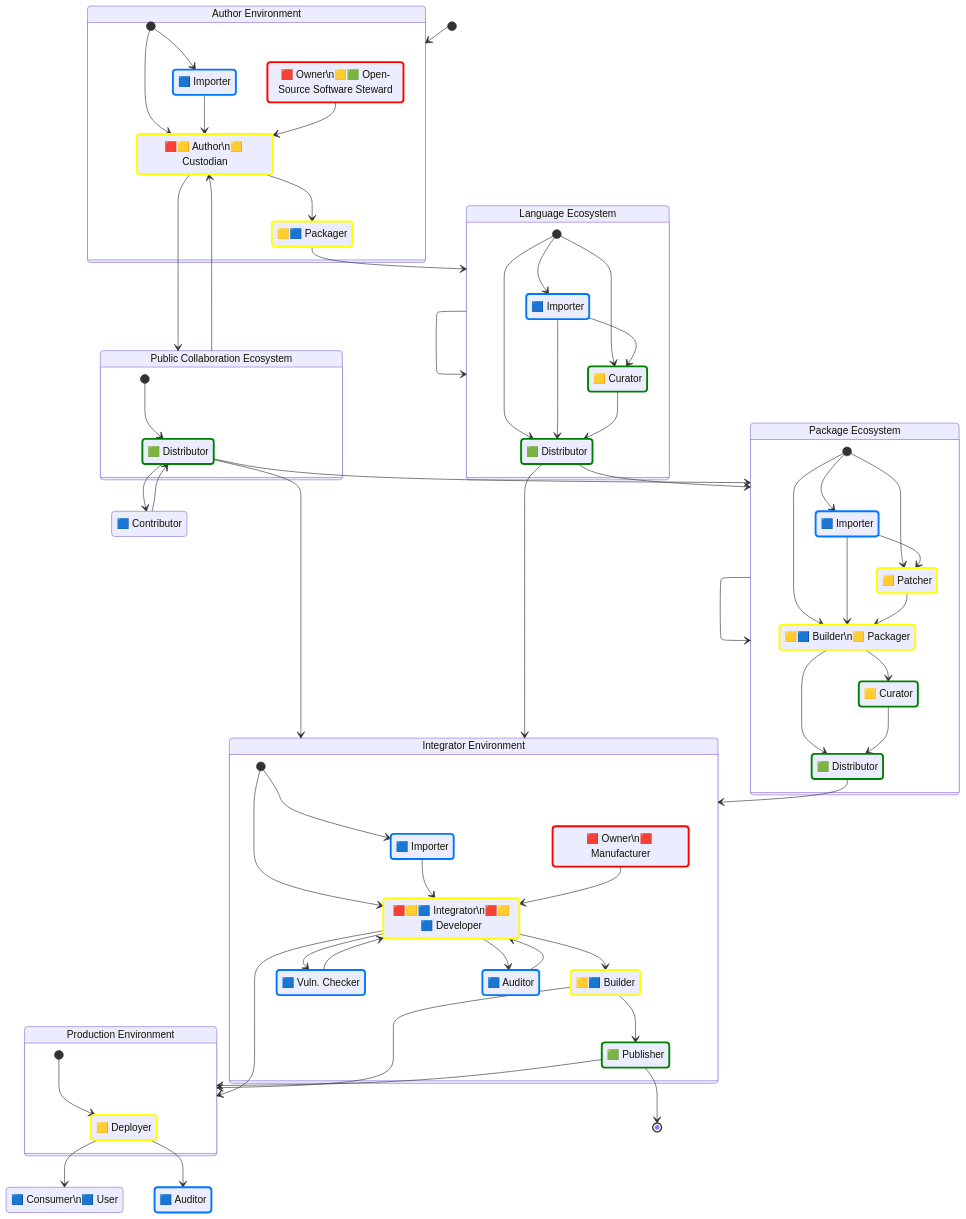
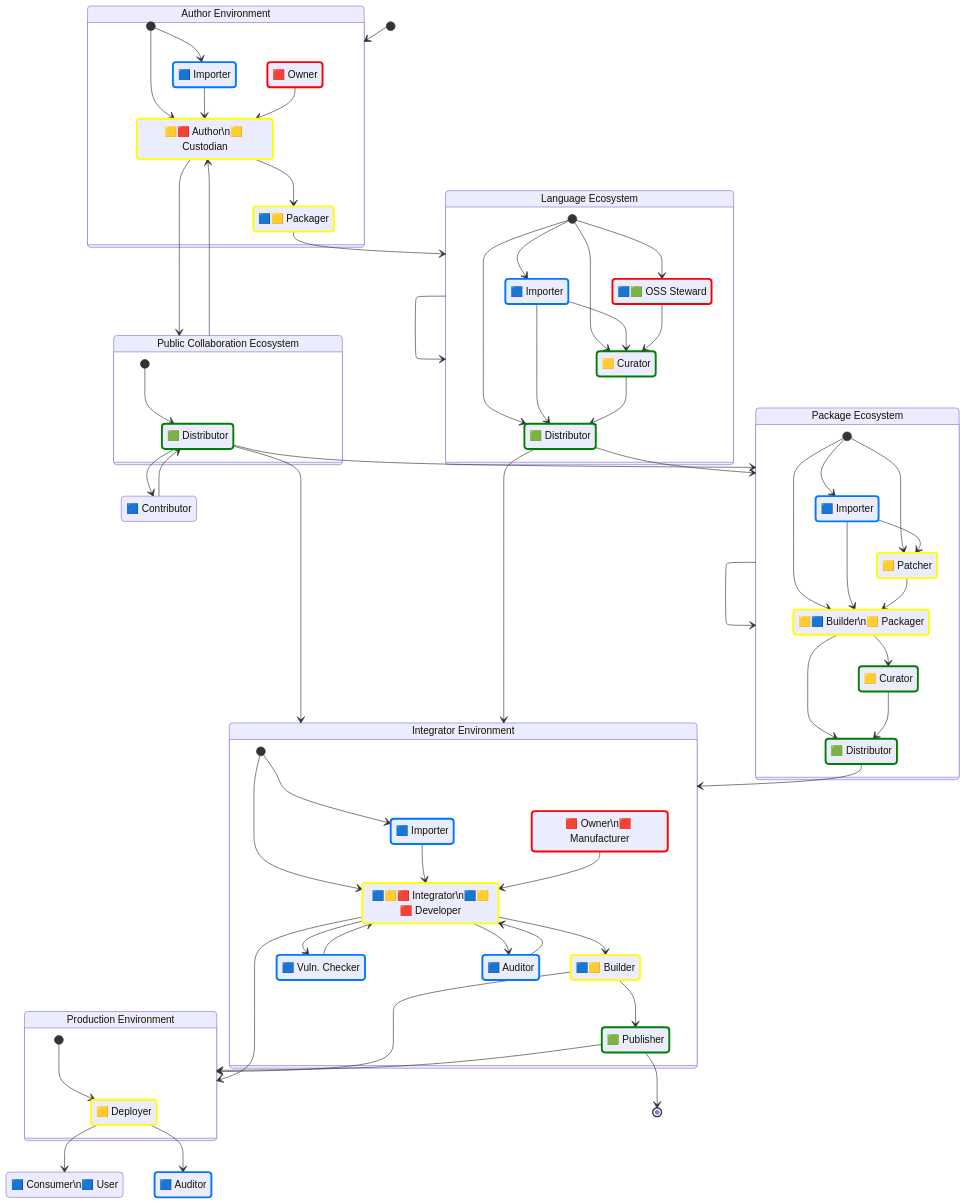
The second of 3 diagrams in docs/supplychain-sbom.md (CPAN-Security/security.metacpan.org), drawn with Mermaid before and after one commit. The commit also changed other lines of this file, not shown here.

Commit message:
Use 'bom' as root in JSON Paths; Remove links from Steward graph; Place OSS Steward in the Language Ecosystem

```diff
--- a/docs/supplychain-sbom.md
+++ b/docs/supplychain-sbom.md
@@ -171,11 +171,12 @@
 
     %%
     state "🟦 Importer" as author_importer
-    state "🟥 Owner\n🟨🟩 Open-Source Software Steward" as author_owner
-    state "🟥🟨 Author\n🟨 Custodian" as author
+    state "🟥 Owner" as author_owner
+    state "🟨🟥 Author\n🟨 Custodian" as author
     state "🟩 Distributor" as repository_distributor
     state "🟦 Importer" as language_importer
-    state "🟨🟦 Packager" as language_packager
+    state "🟦🟨 Packager" as language_packager
+    state "🟦🟩 OSS Steward" as language_steward
     state "🟨 Curator" as language_curator
     state "🟩 Distributor" as language_distributor
     state "🟦 Contributor" as contributor
@@ -186,9 +187,9 @@
     state "🟩 Distributor" as package_distributor
     state "🟦 Importer" as integrator_importer
     state "🟥 Owner\n🟥 Manufacturer" as integrator_owner
-    state "🟥🟨🟦 Integrator\n🟥🟨🟦 Developer" as integrator_developer
+    state "🟦🟨🟥 Integrator\n🟦🟨🟥 Developer" as integrator_developer
     state "🟩 Publisher" as integrator_publisher
-    state "🟨🟦 Builder" as integrator_builder
+    state "🟦🟨 Builder" as integrator_builder
     state "🟨 Deployer" as deployer
     state "🟦 Vuln. Checker" as integrator_checker
     state "🟦 Consumer\n🟦 User" as consumer
@@ -214,6 +215,7 @@
     class package_distributor distributesSBOM
     class language_importer verifiesSBOM
     class language_packager assemblesSBOM
+    class language_steward createsSBOM
     class language_curator distributesSBOM
     class language_distributor distributesSBOM
     class repository_distributor distributesSBOM
@@ -239,10 +241,12 @@
 
     state "Language Ecosystem" as ecosystem_lang {
         [*] --> language_importer
+        [*] --> language_steward
         [*] --> language_curator
         [*] --> language_distributor
         language_importer --> language_distributor
         language_importer --> language_curator
+        language_steward --> language_curator
         language_curator --> language_distributor
     }
 
```
